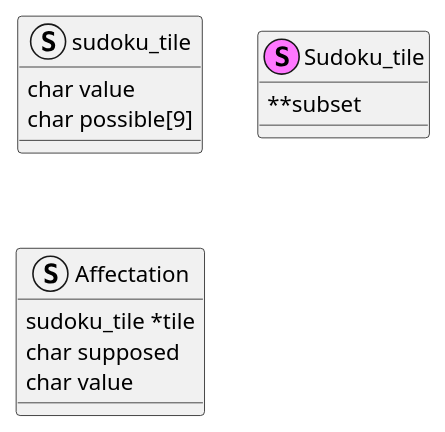
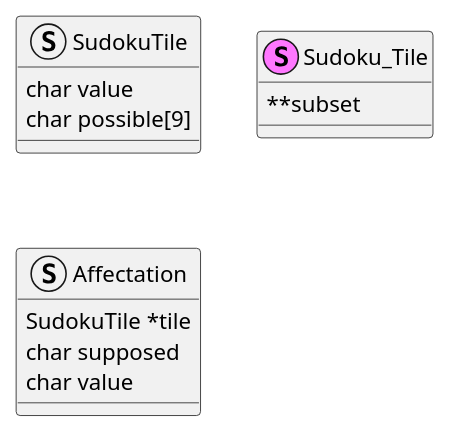
The diagram in doc/sudoku_solver.puml (SudokuSolverJUNIA2526/sudoku-solver), drawn with PlantUML before and after one commit. The commit also changed 9 other files, not shown here.

```diff
--- a/doc/sudoku_solver.puml
+++ b/doc/sudoku_solver.puml
@@ -1,18 +1,18 @@
 @startuml
 
-struct sudoku_tile {
+struct SudokuTile {
     char value
     char possible[9]
 }
 
-stereotype Sudoku_tile {
+stereotype Sudoku_Tile {
     **subset
 }
 
 struct Affectation {
-    sudoku_tile *tile
+    SudokuTile *tile
     char supposed
     char value
 }
 
 @enduml
```
